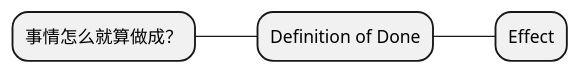
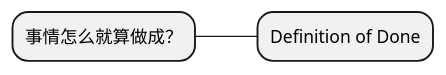
One commit to lem-org/lem-org.github.io changed the fourth of 13 diagrams in content/insights/what_is_agile/index.zh-cn.raw.md. Above: the diagram before and after it, drawn with PlantUML. The commit also changed other lines of this file and 22 other files, not shown here.

````diff
--- a/content/insights/what_is_agile/index.zh-cn.raw.md
+++ b/content/insights/what_is_agile/index.zh-cn.raw.md
@@ -50,7 +95,6 @@
 ```plantuml
 @startmindmap
 * 事情怎么就算做成？
     * Definition of Done
-        * Effect
 @endmindmap
 ```
````
